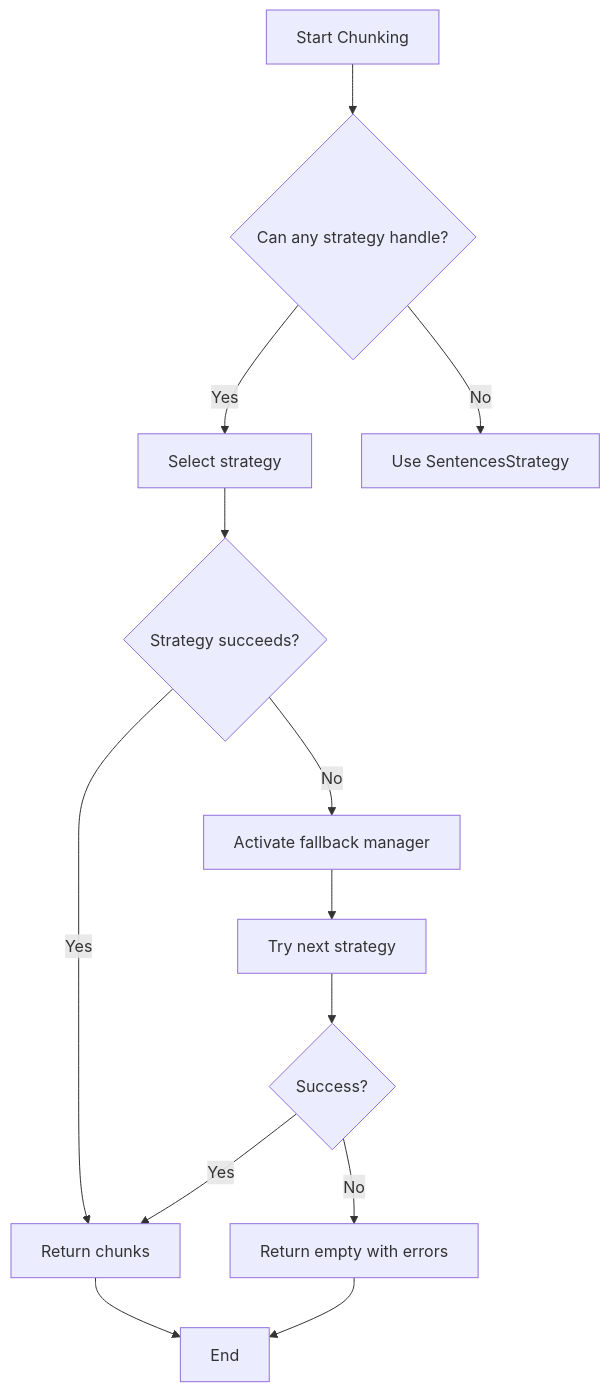
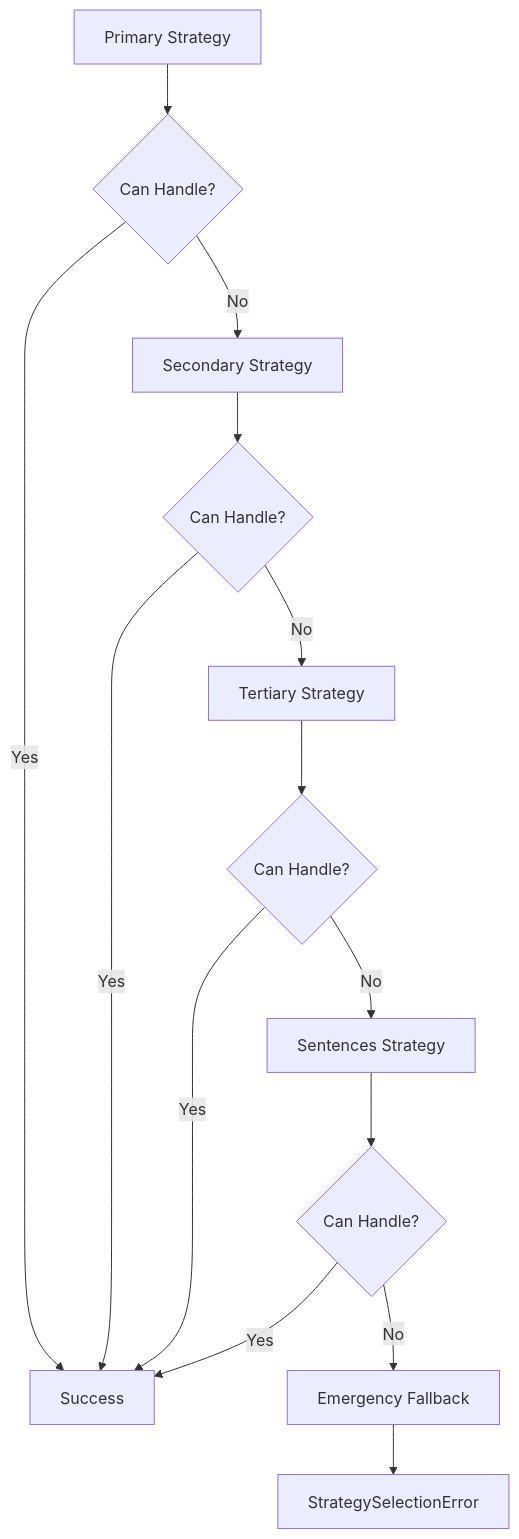
Before and after one commit to asukhodko/dify-markdown-chunker: the ninth of 10 diagrams in .qoder/repowiki/en/content/Core Concepts/Strategy Selection Mechanism.md, drawn with Mermaid. The commit also changed other lines of this file and 205 other files, not shown here.

````diff
--- a/.qoder/repowiki/en/content/Core Concepts/Strategy Selection Mechanism.md
+++ b/.qoder/repowiki/en/content/Core Concepts/Strategy Selection Mechanism.md
@@ -197,15 +443,16 @@
 ```mermaid
-flowchart TD
-A[Start Chunking] --> B{Can any strategy handle?}
-B --> |Yes| C[Select strategy]
-B --> |No| D[Use SentencesStrategy]
-C --> E{Strategy succeeds?}
-E --> |Yes| F[Return chunks]
-E --> |No| G[Activate fallback manager]
-G --> H[Try next strategy]
-H --> I{Success?}
-I --> |Yes| F
-I --> |No| J[Return empty with errors]
-F --> K[End]
-J --> K
+graph TD
+Primary[Primary Strategy] --> PrimaryCheck{Can Handle?}
+PrimaryCheck --> |Yes| Success[Success]
+PrimaryCheck --> |No| Secondary[Secondary Strategy]
+Secondary --> SecondaryCheck{Can Handle?}
+SecondaryCheck --> |Yes| Success
+SecondaryCheck --> |No| Tertiary[Tertiary Strategy]
+Tertiary --> TertiaryCheck{Can Handle?}
+TertiaryCheck --> |Yes| Success
+TertiaryCheck --> |No| Fallback[Sentences Strategy]
+Fallback --> FallbackCheck{Can Handle?}
+FallbackCheck --> |Yes| Success
+FallbackCheck --> |No| Emergency[Emergency Fallback]
+Emergency --> Error[StrategySelectionError]
 ```
````
